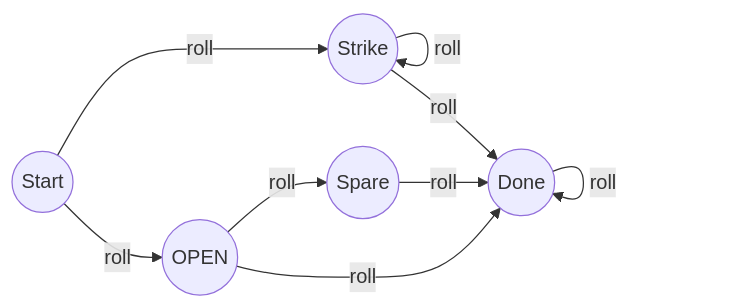
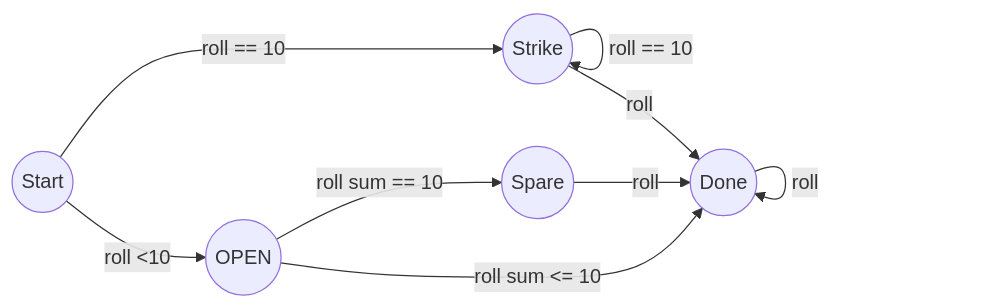
Before and after one commit to GrilledLambda/bowling: the diagram in README.md, drawn with Mermaid. The commit also changed 1 other file, not shown here.

Commit message:
Mermaid Schematic Updated.

````diff
--- a/README.md
+++ b/README.md
@@ -19,17 +19,17 @@
 ```mermaid
 graph LR
    
-   A((Start))-- roll -->B((OPEN))
-   A((Start))-- roll -->C((Strike))
+   A((Start))-- roll <10  -->B((OPEN))
+   A((Start))-- roll == 10-->C((Strike))
    
-   B((OPEN)) -- roll -->D((Spare))
-   B((OPEN)) -- roll -->E((Done))
+   B((OPEN)) -- roll sum == 10 -->D((Spare))
+   B((OPEN)) -- roll sum <= 10 -->E((Done))
    
    D((Spare)) -- roll -->E((Done))
 
-   C((Strike)) -- roll --> C((Strike))
+   C((Strike)) -- roll == 10 --> C((Strike))
    C((Strike)) -- roll --> E((Done))
 
    E((Done)) -- roll --> E((Done))
 
 ```
````
